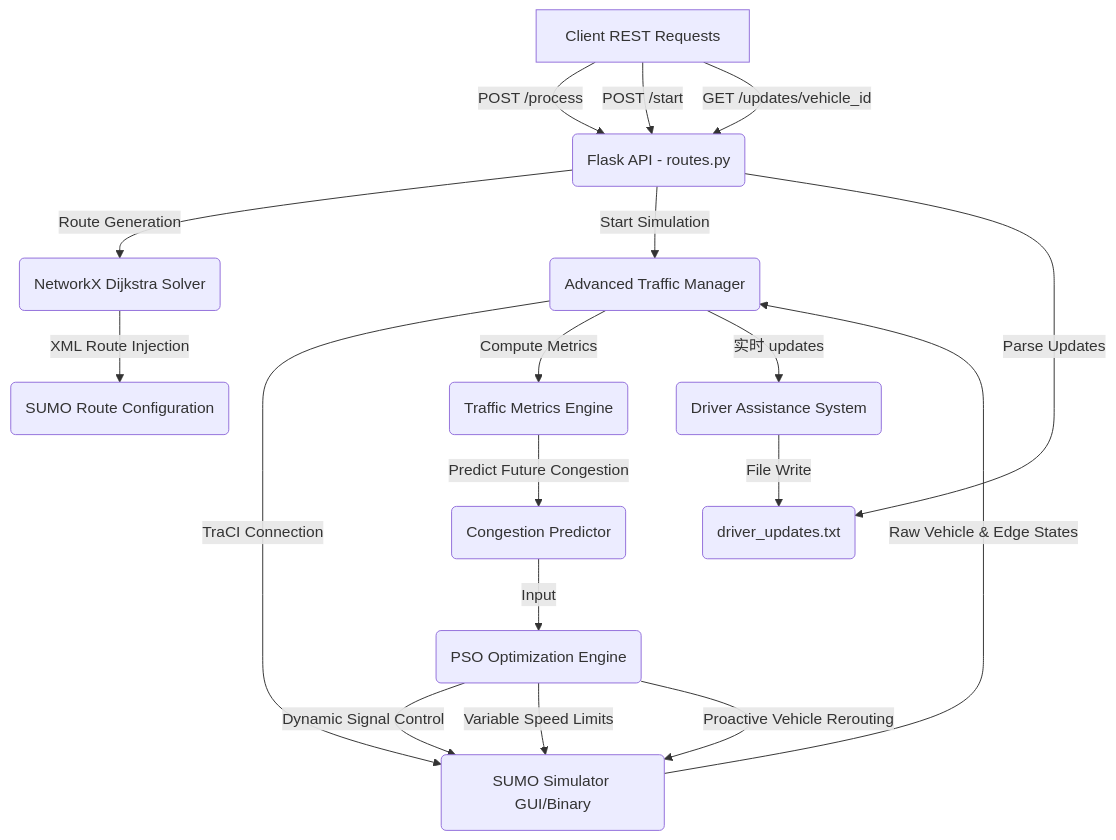
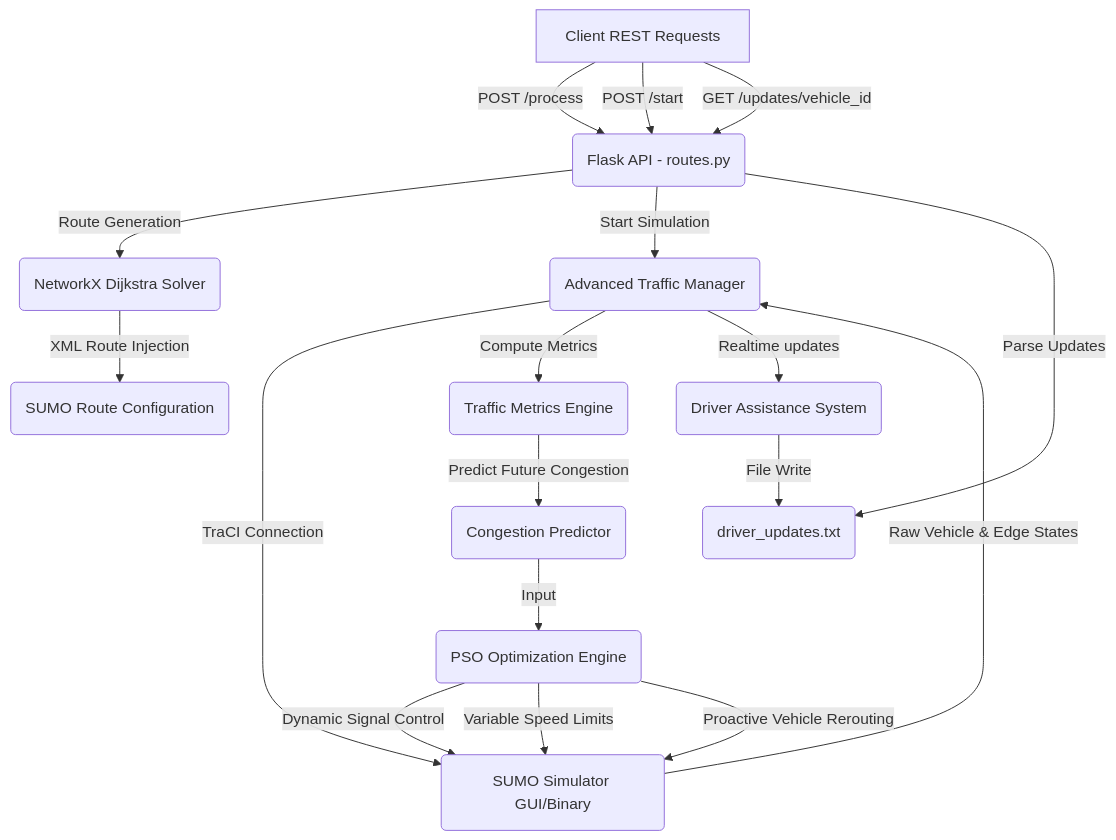
The diagram in README.md (ghanashyam03/NexRoute), drawn with Mermaid before and after one commit. The commit also changed other lines of this file, not shown here.

````diff
--- a/README.md
+++ b/README.md
@@ -24,20 +24,20 @@
 ```mermaid
 graph TD
     A[Client REST Requests] -->|POST /process| B(Flask API - routes.py)
     A -->|POST /start| B
     B -->|Route Generation| C(NetworkX Dijkstra Solver)
     C -->|XML Route Injection| D(SUMO Route Configuration)
     B -->|Start Simulation| E(Advanced Traffic Manager)
     E -->|TraCI Connection| F(SUMO Simulator GUI/Binary)
     F -->|Raw Vehicle & Edge States| E
     E -->|Compute Metrics| G(Traffic Metrics Engine)
     G -->|Predict Future Congestion| H(Congestion Predictor)
     H -->|Input| I(PSO Optimization Engine)
     I -->|Dynamic Signal Control| F
     I -->|Variable Speed Limits| F
     I -->|Proactive Vehicle Rerouting| F
-    E -->|实时 updates| J(Driver Assistance System)
+    E -->|Realtime updates| J(Driver Assistance System)
     J -->|File Write| K(driver_updates.txt)
     A -->|GET /updates/vehicle_id| B
     B -->|Parse Updates| K
 ```
````
